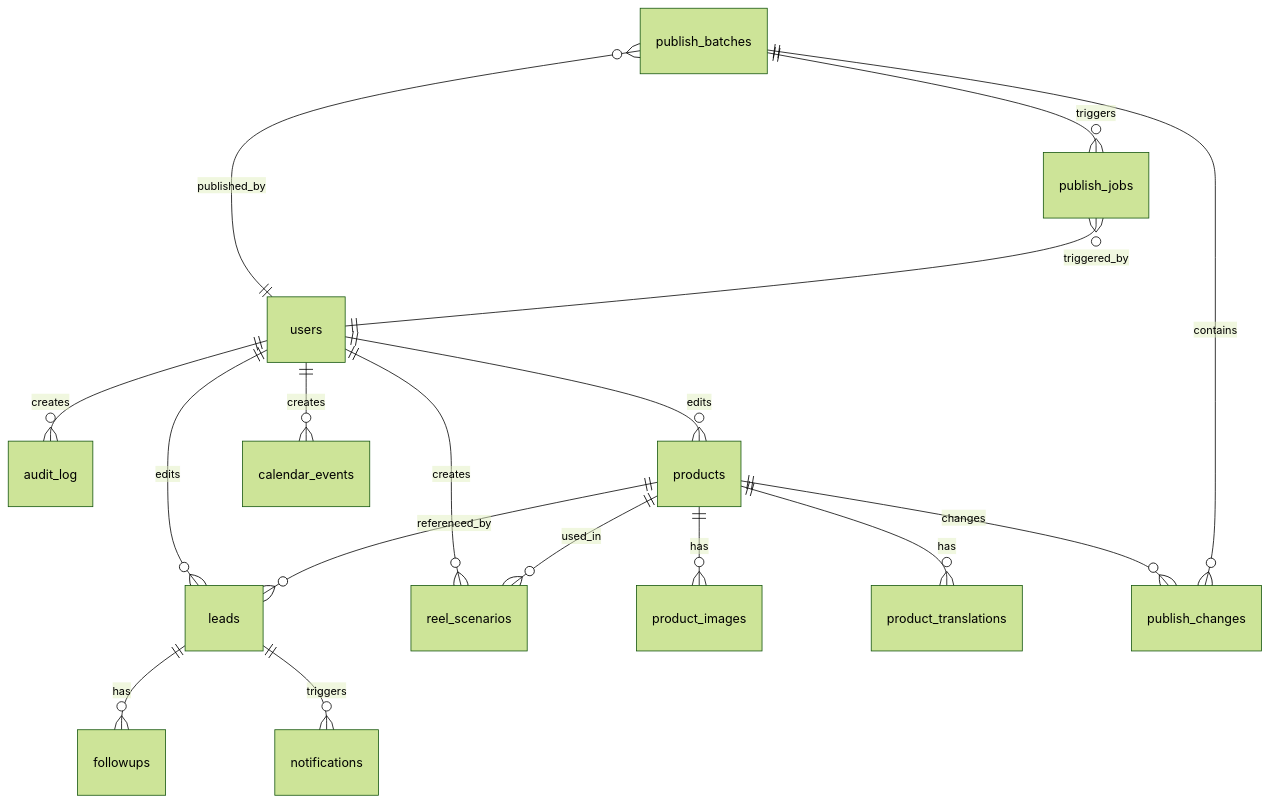
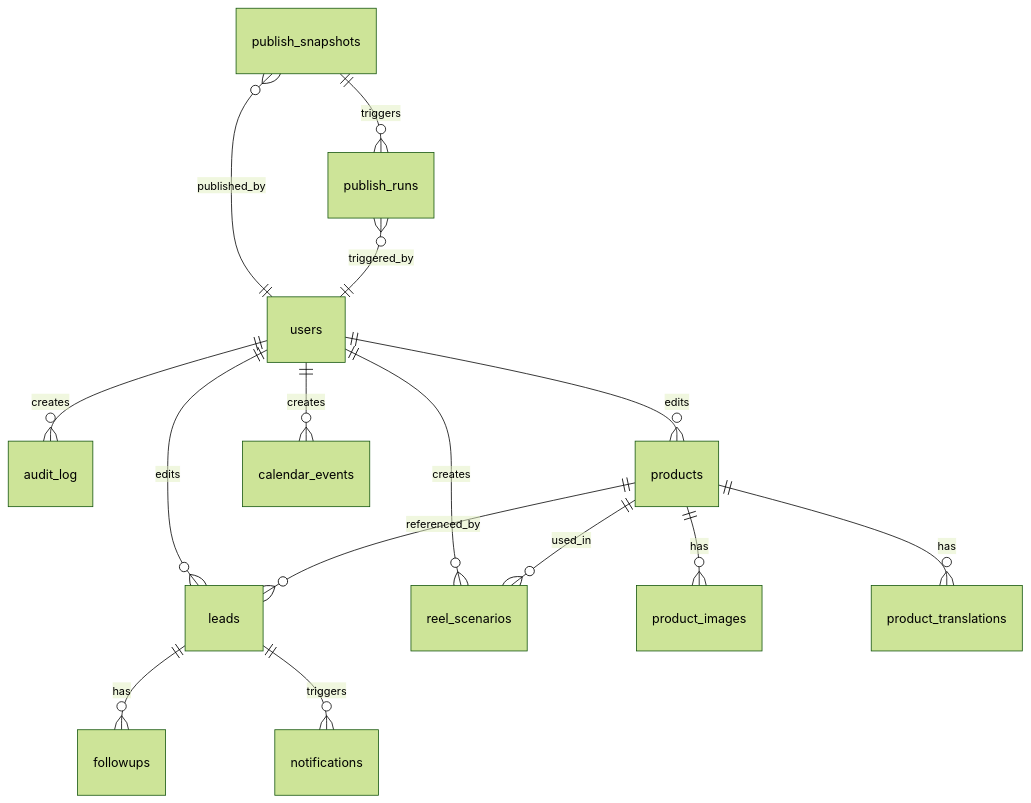
One commit to KamilaseQ/website_warszawskiczas changed the fourth of 4 diagrams in documentation/CMS-CRM-APP-PLAN.md. Above: the diagram before and after it, drawn with Mermaid (forest theme). The commit also changed other lines of this file and 9 other files, not shown here.

````diff
--- a/documentation/CMS-CRM-APP-PLAN.md
+++ b/documentation/CMS-CRM-APP-PLAN.md
@@ -845,22 +905,20 @@
 ```mermaid
 erDiagram
   users ||--o{ audit_log : creates
   users ||--o{ products : edits
   users ||--o{ leads : edits
   users ||--o{ reel_scenarios : creates
   users ||--o{ calendar_events : creates
 
   products ||--o{ product_images : has
   products ||--o{ product_translations : has
-  products ||--o{ publish_changes : changes
   products ||--o{ leads : referenced_by
   products ||--o{ reel_scenarios : used_in
 
   leads ||--o{ followups : has
   leads ||--o{ notifications : triggers
 
-  publish_batches ||--o{ publish_changes : contains
-  publish_batches ||--o{ publish_jobs : triggers
-  publish_batches }o--|| users : published_by
-  publish_jobs }o--|| users : triggered_by
+  publish_snapshots ||--o{ publish_runs : triggers
+  publish_snapshots }o--|| users : published_by
+  publish_runs }o--|| users : triggered_by
 ```
````
